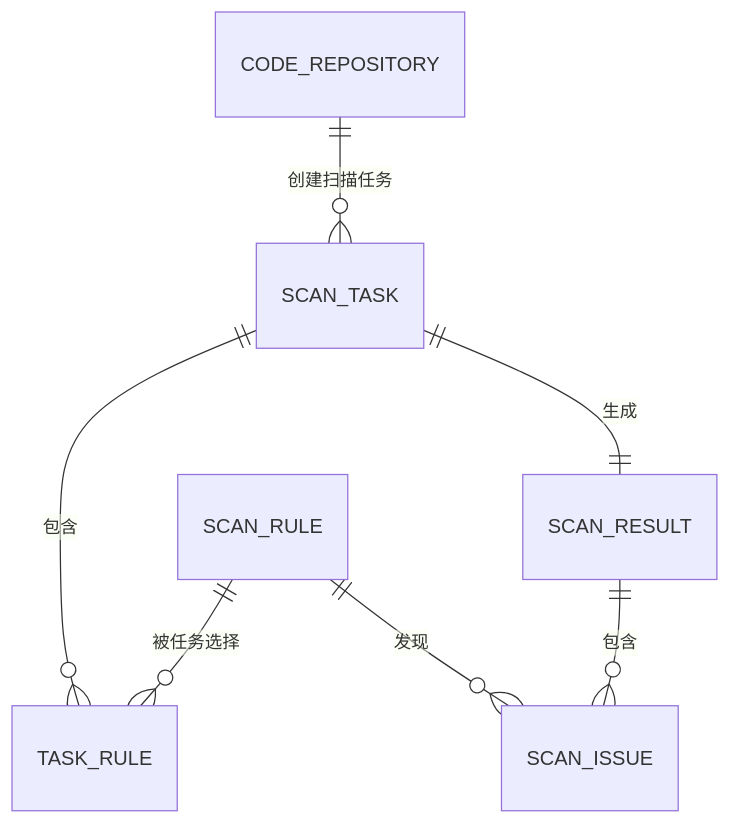
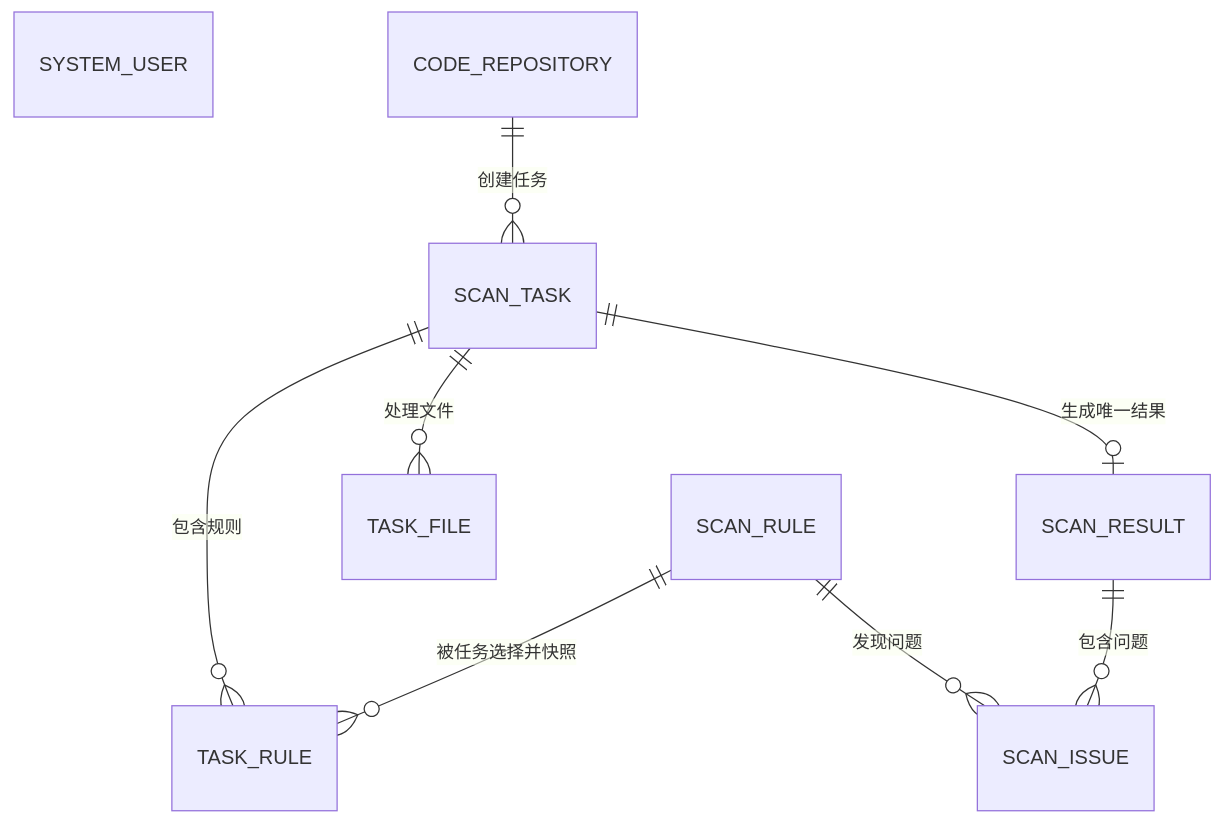
The second of 2 diagrams in ai-agent/spec/扫描中心-总体方案.md (tjqing/scanning-center), drawn with Mermaid before and after one commit. The commit also changed other lines of this file and 1 other file, not shown here.

````diff
--- a/ai-agent/spec/扫描中心-总体方案.md
+++ b/ai-agent/spec/扫描中心-总体方案.md
@@ -494,9 +359,11 @@
 ```mermaid
 erDiagram
-    SCAN_RULE ||--o{ TASK_RULE : "被任务选择"
-    CODE_REPOSITORY ||--o{ SCAN_TASK : "创建扫描任务"
-    SCAN_TASK ||--o{ TASK_RULE : "包含"
-    SCAN_TASK ||--|| SCAN_RESULT : "生成"
-    SCAN_RESULT ||--o{ SCAN_ISSUE : "包含"
-    SCAN_RULE ||--o{ SCAN_ISSUE : "发现"
+    SYSTEM_USER
+    SCAN_RULE ||--o{ TASK_RULE : "被任务选择并快照"
+    CODE_REPOSITORY ||--o{ SCAN_TASK : "创建任务"
+    SCAN_TASK ||--o{ TASK_RULE : "包含规则"
+    SCAN_TASK ||--o{ TASK_FILE : "处理文件"
+    SCAN_TASK ||--o| SCAN_RESULT : "生成唯一结果"
+    SCAN_RESULT ||--o{ SCAN_ISSUE : "包含问题"
+    SCAN_RULE ||--o{ SCAN_ISSUE : "发现问题"
 ```
````
